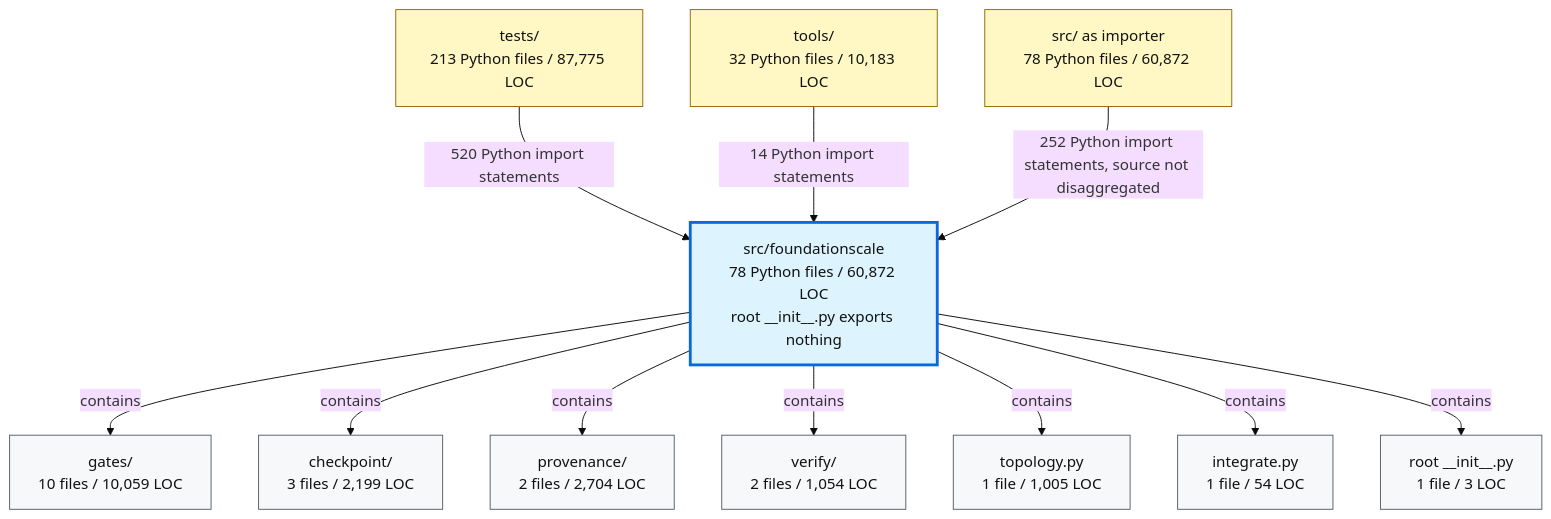
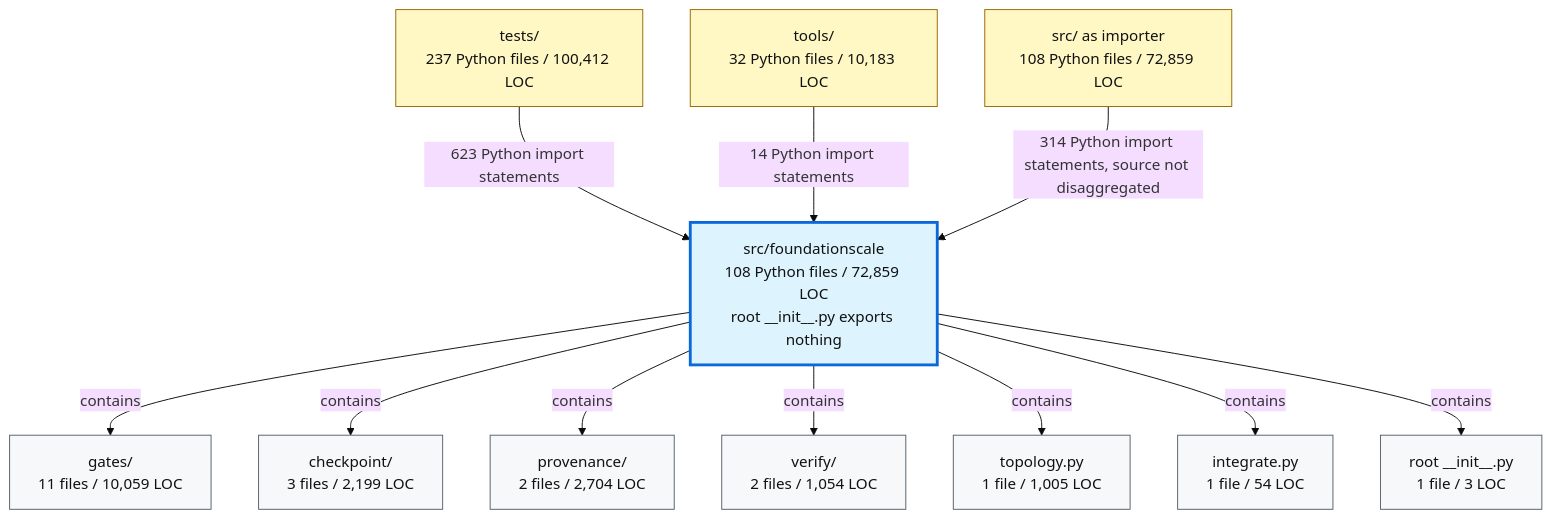
The second of 2 diagrams in docs/review/D2_current_architecture.md (TranNhiem/FoundationScale), drawn with Mermaid (base theme) before and after one commit. The commit also changed other lines of this file and 46 other files, not shown here.

````diff
--- a/docs/review/D2_current_architecture.md
+++ b/docs/review/D2_current_architecture.md
@@ -97,36 +97,36 @@
 ```mermaid
 flowchart TB
-  TESTS["tests/<br/>213 Python files / 87,775 LOC"]
+  TESTS["tests/<br/>237 Python files / 100,412 LOC"]
   TOOLS["tools/<br/>32 Python files / 10,183 LOC"]
-  SRC["src/ as importer<br/>78 Python files / 60,872 LOC"]
+  SRC["src/ as importer<br/>108 Python files / 72,859 LOC"]
 
-  FS["src/foundationscale<br/>78 Python files / 60,872 LOC<br/>root __init__.py exports nothing"]
+  FS["src/foundationscale<br/>108 Python files / 72,859 LOC<br/>root __init__.py exports nothing"]
 
-  GATES["gates/<br/>10 files / 10,059 LOC"]
+  GATES["gates/<br/>11 files / 10,059 LOC"]
   CKPT["checkpoint/<br/>3 files / 2,199 LOC"]
   PROV["provenance/<br/>2 files / 2,704 LOC"]
   VERIFY["verify/<br/>2 files / 1,054 LOC"]
   TOPO["topology.py<br/>1 file / 1,005 LOC"]
   INTEG["integrate.py<br/>1 file / 54 LOC"]
   ROOT["root __init__.py<br/>1 file / 3 LOC"]
 
-  TESTS -->|"520 Python import statements"| FS
+  TESTS -->|"623 Python import statements"| FS
   TOOLS -->|"14 Python import statements"| FS
-  SRC -->|"252 Python import statements, source not disaggregated"| FS
+  SRC -->|"314 Python import statements, source not disaggregated"| FS
 
   FS -->|"contains"| GATES
   FS -->|"contains"| CKPT
   FS -->|"contains"| PROV
   FS -->|"contains"| VERIFY
   FS -->|"contains"| TOPO
   FS -->|"contains"| INTEG
   FS -->|"contains"| ROOT
 
   classDef consumer fill:#fff8c5,stroke:#9a6700,color:#111;
   classDef package fill:#ddf4ff,stroke:#0969da,stroke-width:3px,color:#111;
   classDef module fill:#f6f8fa,stroke:#57606a,color:#111;
 
   class TESTS,TOOLS,SRC consumer;
   class FS package;
   class GATES,CKPT,PROV,VERIFY,TOPO,INTEG,ROOT module;
 ```
````
